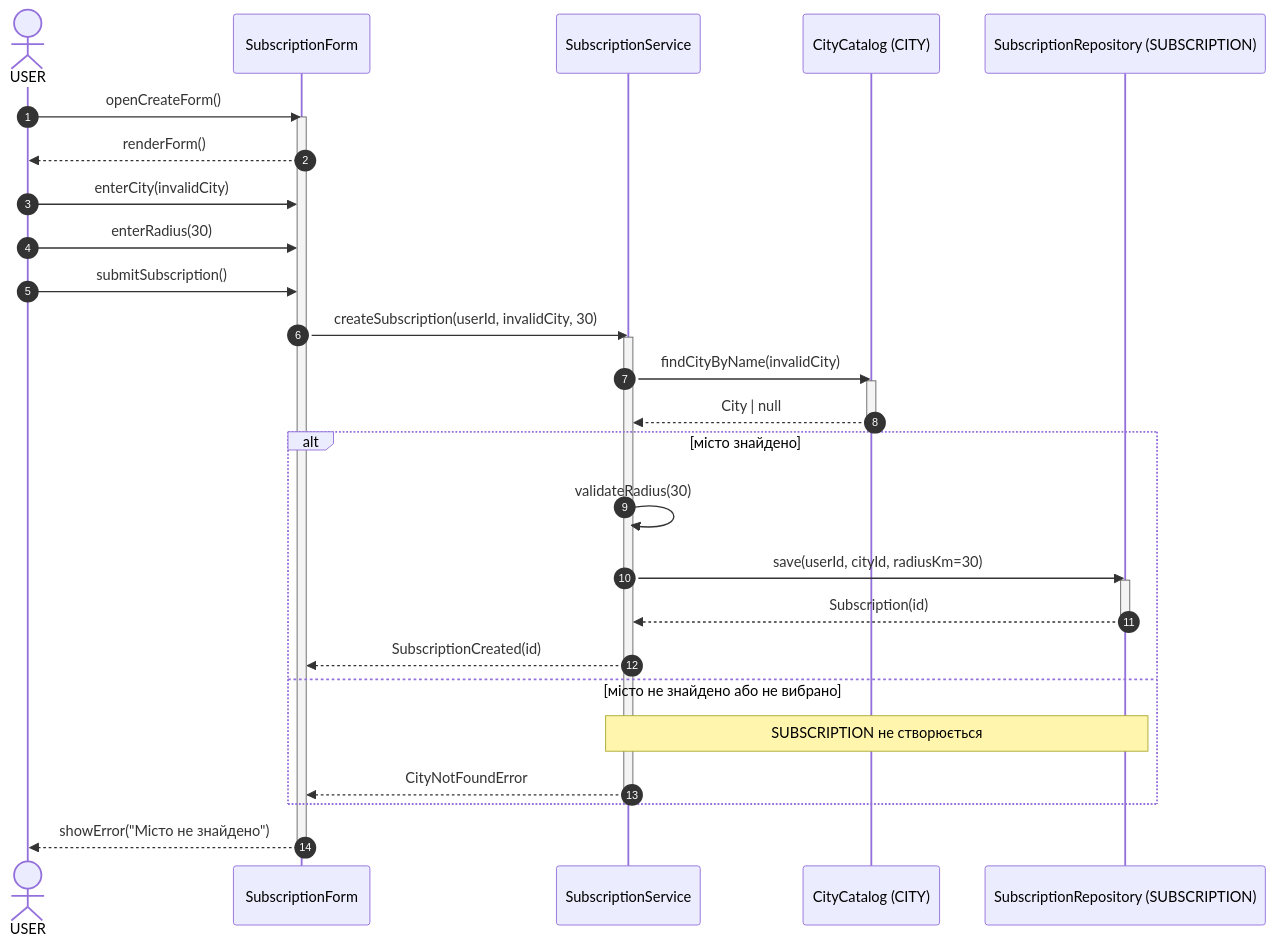
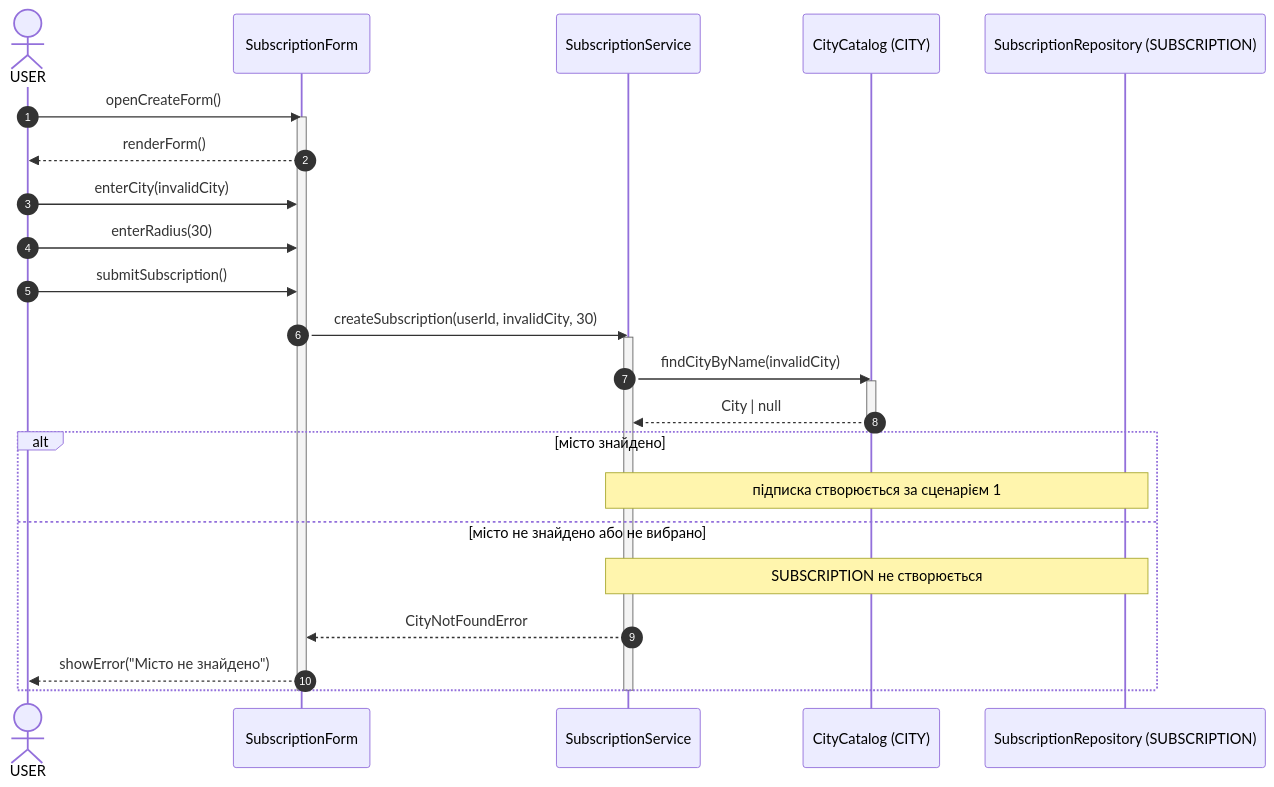
One commit to acabzonbi/aerial-target-track1 changed the diagram in lab3/scenario3.mmd. Above: the diagram before and after it, drawn with Mermaid. The commit also changed 3 other files, not shown here.

```diff
--- a/lab3/scenario3.mmd
+++ b/lab3/scenario3.mmd
@@ -1,36 +1,31 @@
 sequenceDiagram
     autonumber
     actor U as USER
     participant F as SubscriptionForm
     participant S as SubscriptionService
     participant C as CityCatalog (CITY)
     participant R as SubscriptionRepository (SUBSCRIPTION)
 
     U->>F: openCreateForm()
     activate F
     F-->>U: renderForm()
     U->>F: enterCity(invalidCity)
     U->>F: enterRadius(30)
     U->>F: submitSubscription()
     F->>S: createSubscription(userId, invalidCity, 30)
     activate S
     S->>C: findCityByName(invalidCity)
     activate C
     C-->>S: City | null
     deactivate C
 
     alt місто знайдено
-        S->>S: validateRadius(30)
-        S->>R: save(userId, cityId, radiusKm=30)
-        activate R
-        R-->>S: Subscription(id)
-        deactivate R
-        S-->>F: SubscriptionCreated(id)
+        Note over S,R: підписка створюється за сценарієм 1
     else місто не знайдено або не вибрано
         Note over S,R: SUBSCRIPTION не створюється
         S-->>F: CityNotFoundError
+        F-->>U: showError("Місто не знайдено")
     end
 
     deactivate S
-    F-->>U: showError("Місто не знайдено")
     deactivate F
```
